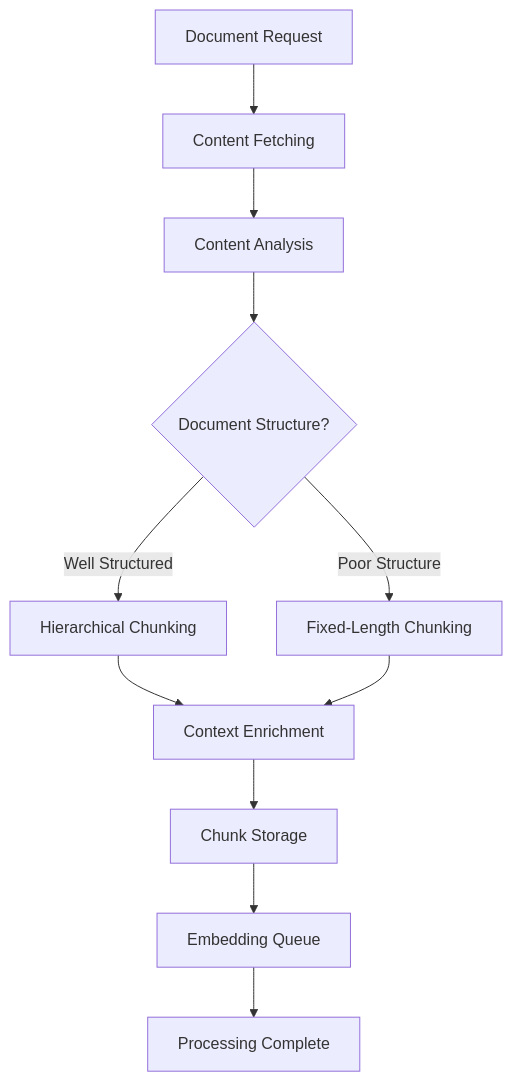
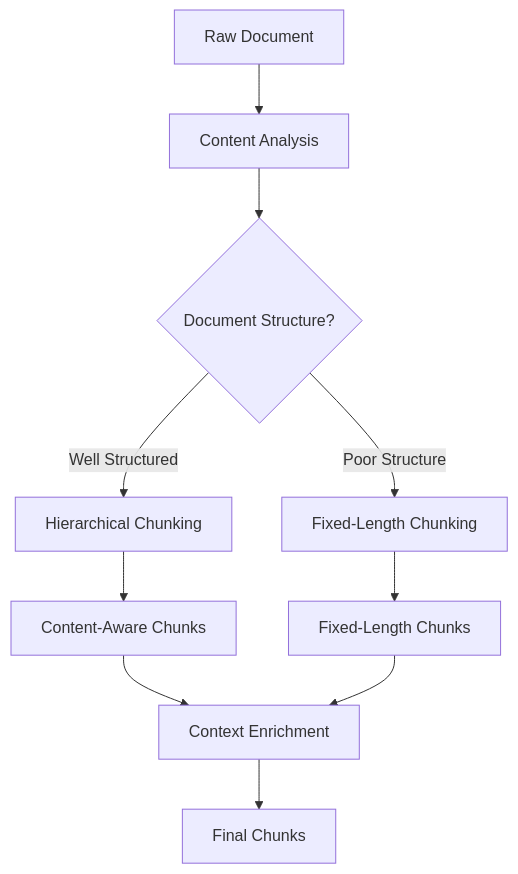
Before and after one commit to PennyRaized/content-aware-chunking: the diagram in README.md, drawn with Mermaid. The commit also changed other lines of this file and 9 other files, not shown here.

````diff
--- a/README.md
+++ b/README.md
@@ -25,13 +33,12 @@
 ```mermaid
 graph TD
-    A[Document Request] --> B[Content Fetching]
-    B --> C[Content Analysis]
-    C --> D{Document Structure?}
-    D -->|Well Structured| E[Hierarchical Chunking]
-    D -->|Poor Structure| F[Fixed-Length Chunking]
-    E --> G[Context Enrichment]
-    F --> G
-    G --> H[Chunk Storage]
-    H --> I[Embedding Queue]
-    I --> J[Processing Complete]
+    A[Raw Document] --> B[Content Analysis]
+    B --> C{Document Structure?}
+    C -->|Well Structured| D[Hierarchical Chunking]
+    C -->|Poor Structure| E[Fixed-Length Chunking]
+    D --> F[Content-Aware Chunks]
+    E --> G[Fixed-Length Chunks]
+    F --> H[Context Enrichment]
+    G --> H
+    H --> I[Final Chunks]
 ```
````
